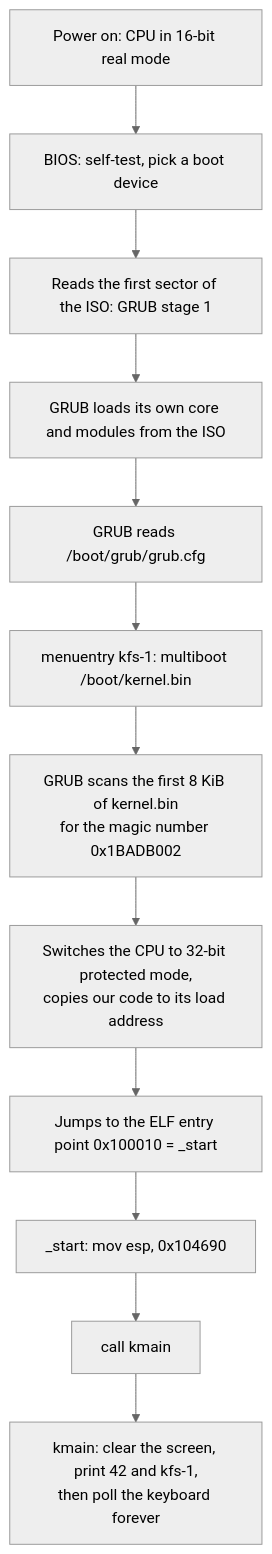
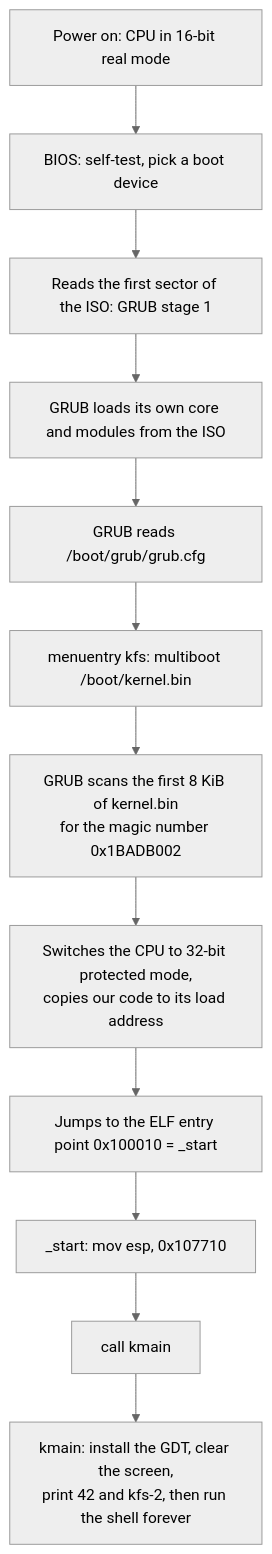
The diagram in docs/ARCHITECTURE.md (suiramdev/42-kfs), drawn with Mermaid (neutral theme) before and after one commit. The commit also changed other lines of this file and 6 other files, not shown here.

````diff
--- a/docs/ARCHITECTURE.md
+++ b/docs/ARCHITECTURE.md
@@ -71,14 +87,14 @@
 ```mermaid
 graph TD
     A[Power on: CPU in 16-bit real mode] --> B[BIOS: self-test, pick a boot device]
     B --> C[Reads the first sector of the ISO: GRUB stage 1]
     C --> D[GRUB loads its own core and modules from the ISO]
     D --> E[GRUB reads /boot/grub/grub.cfg]
-    E --> F[menuentry kfs-1: multiboot /boot/kernel.bin]
+    E --> F[menuentry kfs: multiboot /boot/kernel.bin]
     F --> G[GRUB scans the first 8 KiB of kernel.bin<br/>for the magic number 0x1BADB002]
     G --> H[Switches the CPU to 32-bit protected mode,<br/>copies our code to its load address]
     H --> I[Jumps to the ELF entry point 0x100010 = _start]
-    I --> J[_start: mov esp, 0x104690]
+    I --> J[_start: mov esp, 0x107710]
     J --> K[call kmain]
-    K --> L[kmain: clear the screen, print 42 and kfs-1,<br/>then poll the keyboard forever]
+    K --> L[kmain: install the GDT, clear the screen,<br/>print 42 and kfs-2, then run the shell forever]
 ```
````
